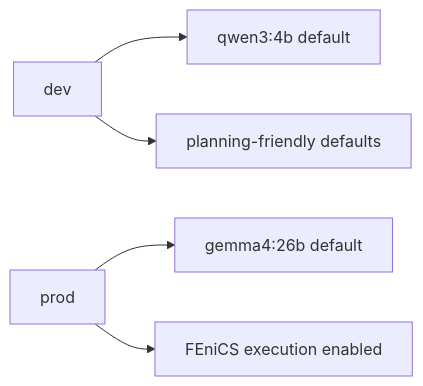
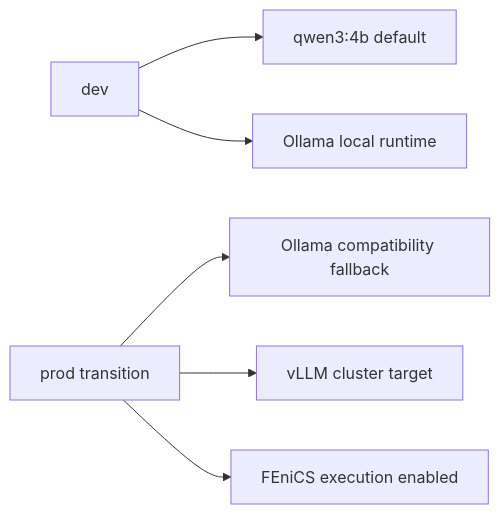
One commit to RadmirG/AES changed the second of 4 diagrams in deploy/architecture.md. Above: the diagram before and after it, drawn with Mermaid. The commit also changed other lines of this file and 26 other files, not shown here.

Commit message:
A pw reset mechanism and vLLM service for Kubernetes Cluster

````diff
--- a/deploy/architecture.md
+++ b/deploy/architecture.md
@@ -41,7 +47,8 @@
 ```mermaid
 flowchart LR
     A["dev"] --> B["qwen3:4b default"]
-    A --> C["planning-friendly defaults"]
-    D["prod"] --> E["gemma4:26b default"]
-    D --> F["FEniCS execution enabled"]
+    A --> C["Ollama local runtime"]
+    D["prod transition"] --> E["Ollama compatibility fallback"]
+    D --> F["vLLM cluster target"]
+    D --> G["FEniCS execution enabled"]
 ```
````
